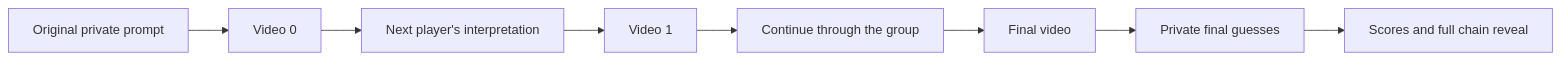
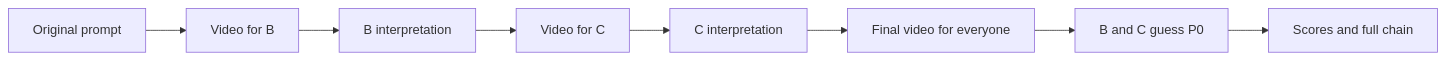
Before and after one commit to CoralLeiCN/VIbeParty: the diagram in docs/app-spec.md, drawn with Mermaid. The commit also changed other lines of this file and 8 other files, not shown here.

````diff
--- a/docs/app-spec.md
+++ b/docs/app-spec.md
@@ -180,10 +179,10 @@
 ```mermaid
 flowchart LR
-    P0[Original private prompt] --> V0[Video 0]
-    V0 --> P1[Next player's interpretation]
-    P1 --> V1[Video 1]
-    V1 --> Relay[Continue through the group]
-    Relay --> Final[Final video]
-    Final --> Guesses[Private final guesses]
-    Guesses --> Reveal[Scores and full chain reveal]
+    P0[Original prompt] --> V0[Video for B]
+    V0 --> P1[B interpretation]
+    P1 --> V1[Video for C]
+    V1 --> P2[C interpretation]
+    P2 --> V2[Final video for everyone]
+    V2 --> Guesses[B and C guess P0]
+    Guesses --> Reveal[Scores and full chain]
 ```
````
